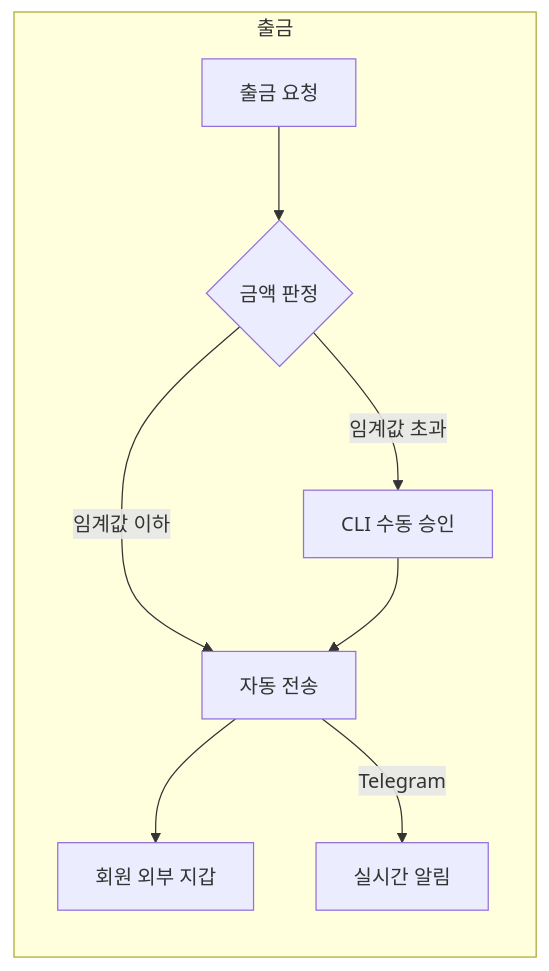
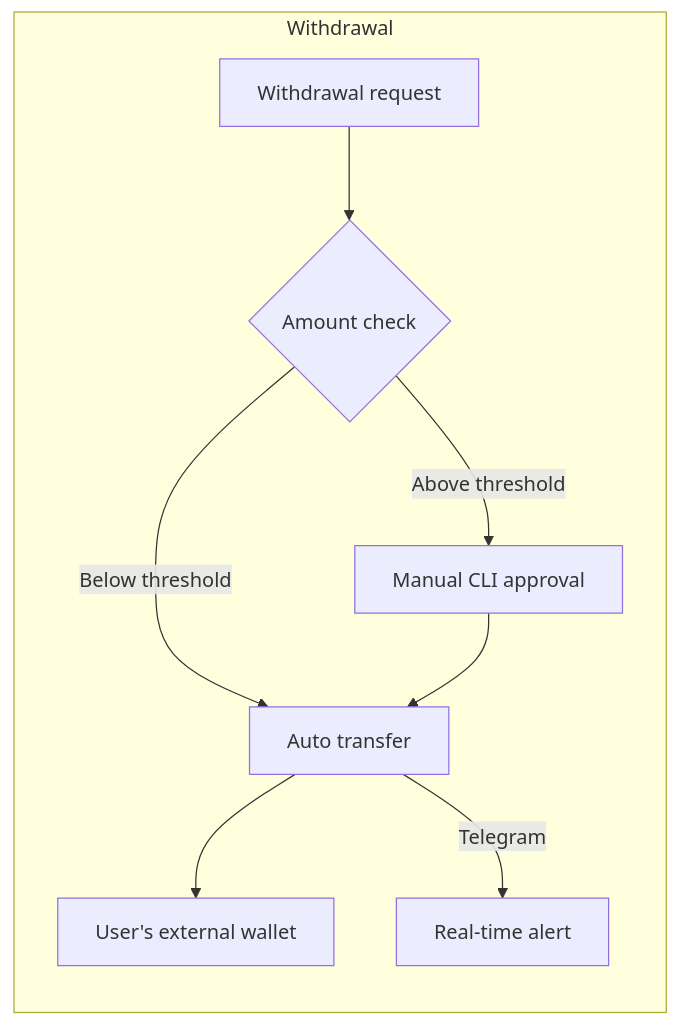
Before and after one commit to dandel6/tronusdt: the second of 2 diagrams in README.md, drawn with Mermaid. The commit also changed other lines of this file and 2 other files, not shown here.

````diff
--- a/README.md
+++ b/README.md
@@ -34,11 +34,11 @@
 ```mermaid
 flowchart LR
-    subgraph 출금
-        H[출금 요청] --> I{금액 판정}
-        I -->|임계값 이하| J[자동 전송]
-        I -->|임계값 초과| K[CLI 수동 승인]
+    subgraph Withdrawal
+        H[Withdrawal request] --> I{Amount check}
+        I -->|Below threshold| J[Auto transfer]
+        I -->|Above threshold| K[Manual CLI approval]
         K --> J
-        J --> L[회원 외부 지갑]
-        J -->|Telegram| M[실시간 알림]
+        J --> L[User's external wallet]
+        J -->|Telegram| M[Real-time alert]
     end
 ```
````
